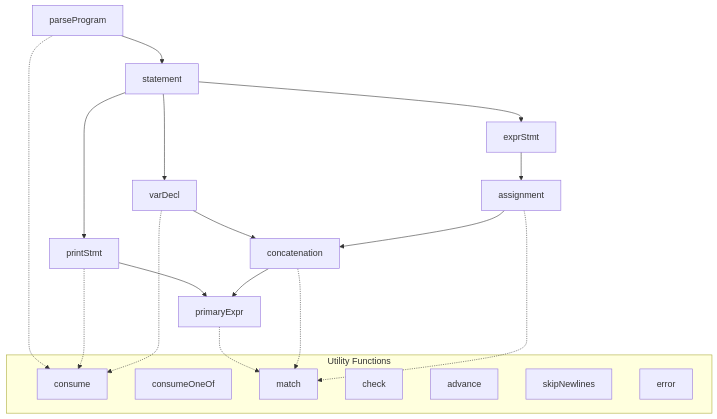
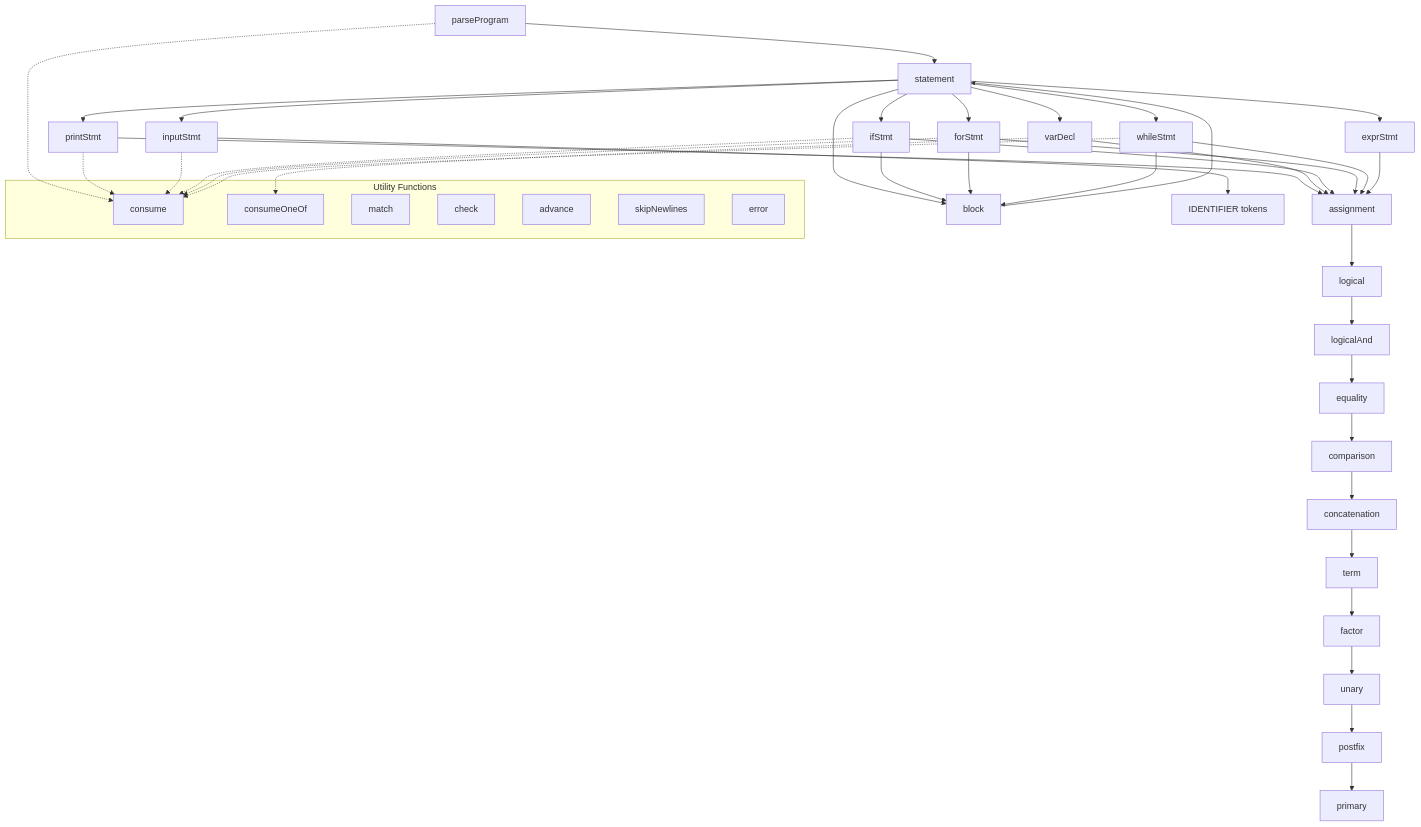
The diagram in docs/parser-functions.md (McKlay/bisaya-interpreter), drawn with Mermaid before and after one commit. The commit also changed other lines of this file and 9 other files, not shown here.

````diff
--- a/docs/parser-functions.md
+++ b/docs/parser-functions.md
@@ -9,31 +9,53 @@
 ```mermaid
 flowchart TD
     A[parseProgram] --> B[statement]
     B --> C[printStmt]
-    B --> D[varDecl] 
-    B --> E[exprStmt]
+    B --> D[inputStmt]
+    B --> E[varDecl]
+    B --> F[ifStmt]
+    B --> G[forStmt]
+    B --> H[whileStmt]
+    B --> I[block]
+    B --> J[exprStmt]
     
-    C --> F[primaryExpr]
-    D --> G[concatenation]
-    E --> H[assignment]
+    C --> K[assignment]
+    D --> L[IDENTIFIER tokens]
+    E --> K
+    F --> K
+    F --> I
+    G --> K
+    G --> I
+    H --> K
+    H --> I
+    I --> B
+    J --> K
     
-    H --> G
-    G --> F
+    K --> M[logical]
+    M --> N[logicalAnd]
+    N --> O[equality]
+    O --> P[comparison]
+    P --> Q[concatenation]
+    Q --> R[term]
+    R --> S[factor]
+    S --> T[unary]
+    T --> U[postfix]
+    U --> V[primary]
     
     subgraph "Utility Functions"
-        I[consume]
-        J[consumeOneOf]
-        K[match]
-        L[check]
-        M[advance]
-        N[skipNewlines]
-        O[error]
+        W[consume]
+        X[consumeOneOf]
+        Y[match]
+        Z[check]
+        AA[advance]
+        AB[skipNewlines]
+        AC[error]
     end
     
-    A -.-> I
-    C -.-> I
-    D -.-> I
-    F -.-> K
-    G -.-> K
-    H -.-> K
+    A -.-> W
+    C -.-> W
+    D -.-> W
+    E -.-> X
+    F -.-> W
+    G -.-> W
+    H -.-> W
 ```
````
